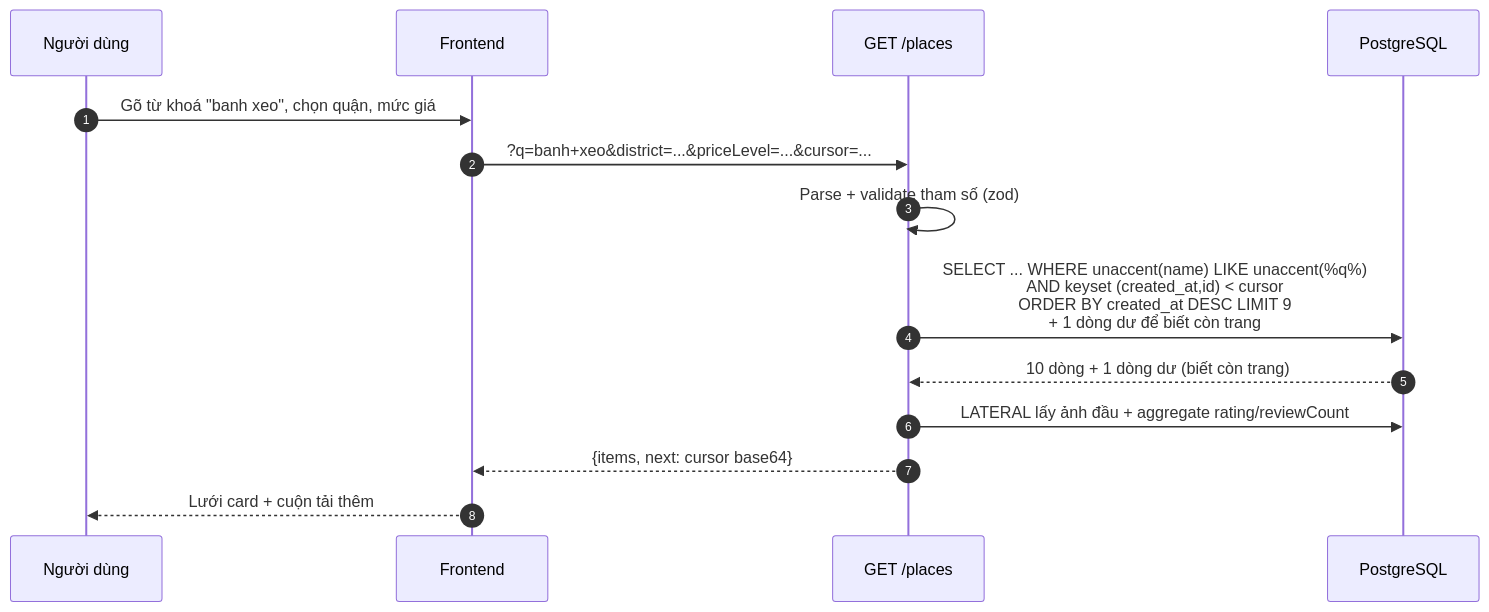
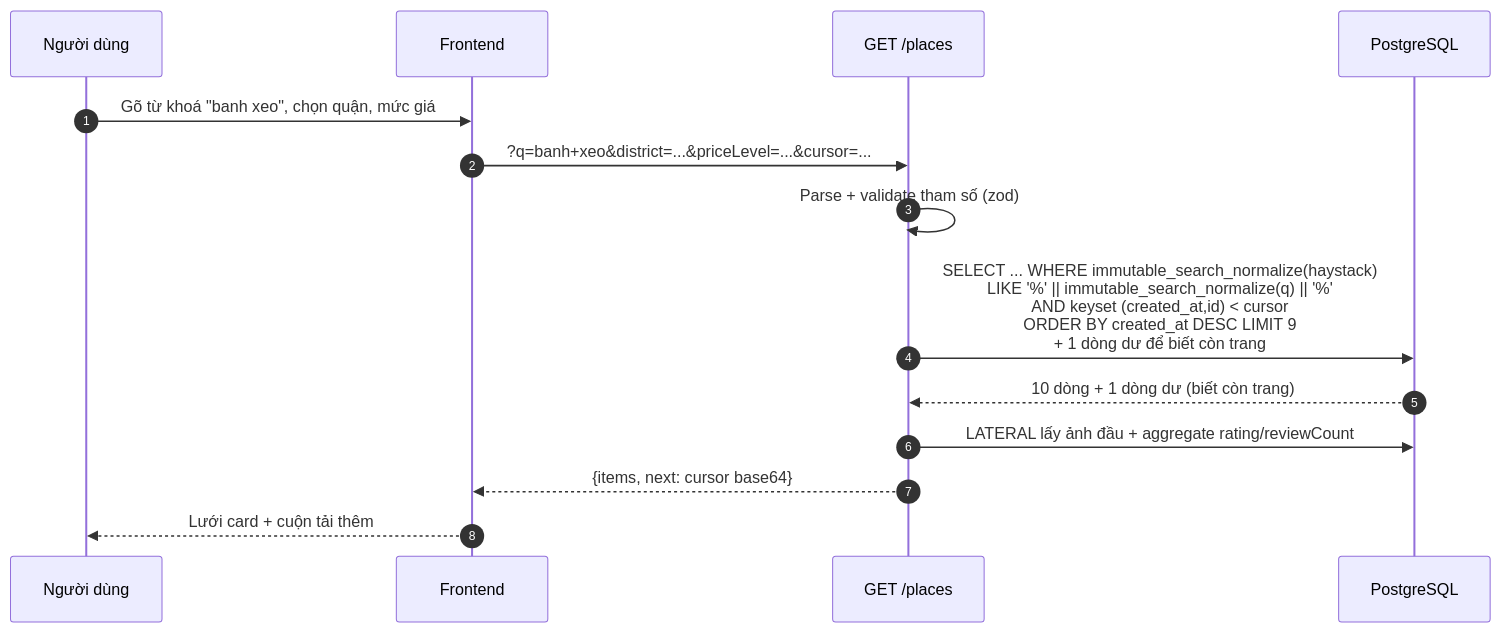
The eighth of 14 diagrams in docs/bao-cao/BAO-CAO-DO-AN.md (longqt321/Rendez-PBL6), drawn with Mermaid before and after one commit. The commit also changed other lines of this file and 2 other files, not shown here.

````diff
--- a/docs/bao-cao/BAO-CAO-DO-AN.md
+++ b/docs/bao-cao/BAO-CAO-DO-AN.md
@@ -490,17 +490,17 @@
 ```mermaid
 sequenceDiagram
   autonumber
   participant U as Người dùng
   participant FE as Frontend
   participant API as GET /places
   participant DB as PostgreSQL
 
   U->>FE: Gõ từ khoá "banh xeo", chọn quận, mức giá
   FE->>API: ?q=banh+xeo&district=...&priceLevel=...&cursor=...
   API->>API: Parse + validate tham số (zod)
-  API->>DB: SELECT ... WHERE unaccent(name) LIKE unaccent(%q%)<br/>AND keyset (created_at,id) < cursor<br/>ORDER BY created_at DESC LIMIT 9<br/>+ 1 dòng dư để biết còn trang
+  API->>DB: SELECT ... WHERE immutable_search_normalize(haystack)<br/>LIKE '%' || immutable_search_normalize(q) || '%'<br/>AND keyset (created_at,id) < cursor<br/>ORDER BY created_at DESC LIMIT 9<br/>+ 1 dòng dư để biết còn trang
   DB-->>API: 10 dòng + 1 dòng dư (biết còn trang)
   API->>DB: LATERAL lấy ảnh đầu + aggregate rating/reviewCount
   API-->>FE: {items, next: cursor base64}
   FE-->>U: Lưới card + cuộn tải thêm
 ```
````
